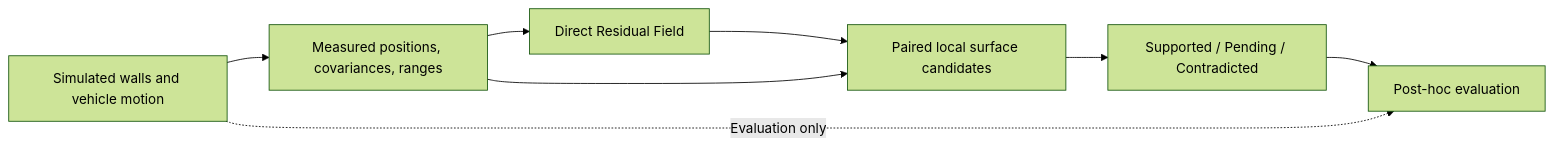
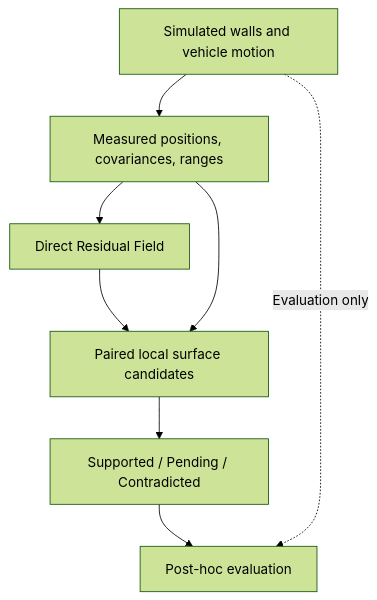
The diagram in README.md (woqhrl9494-cell/corridor-mapper), drawn with Mermaid (forest theme) before and after one commit.

Commit message:
Keep the README method diagram legible at GitHub article width

````diff
--- a/README.md
+++ b/README.md
@@ -21,10 +21,10 @@
 ```mermaid
-flowchart LR
+flowchart TB
     W[Simulated walls and vehicle motion] --> M[Measured positions, covariances, ranges]
     M --> D[Direct Residual Field]
     D --> P[Paired local surface candidates]
     M --> P
     P --> O[Supported / Pending / Contradicted]
     O --> E[Post-hoc evaluation]
     W -. Evaluation only .-> E
 ```
````
